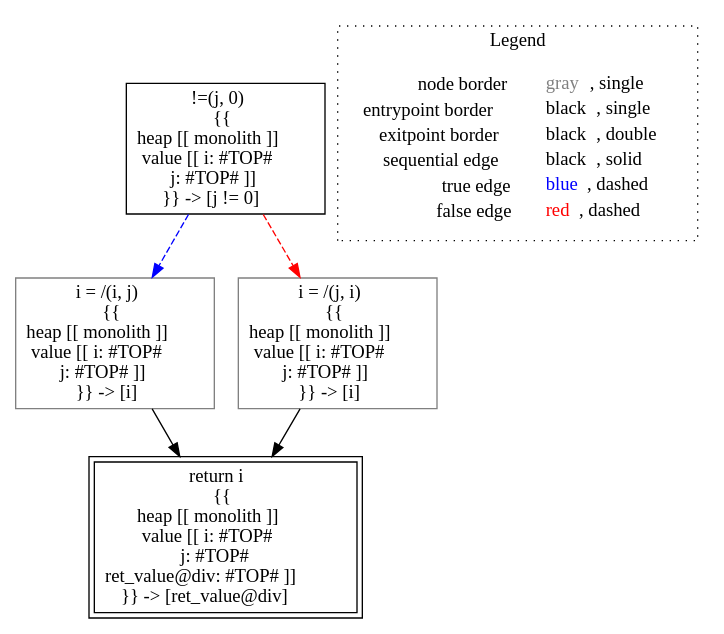
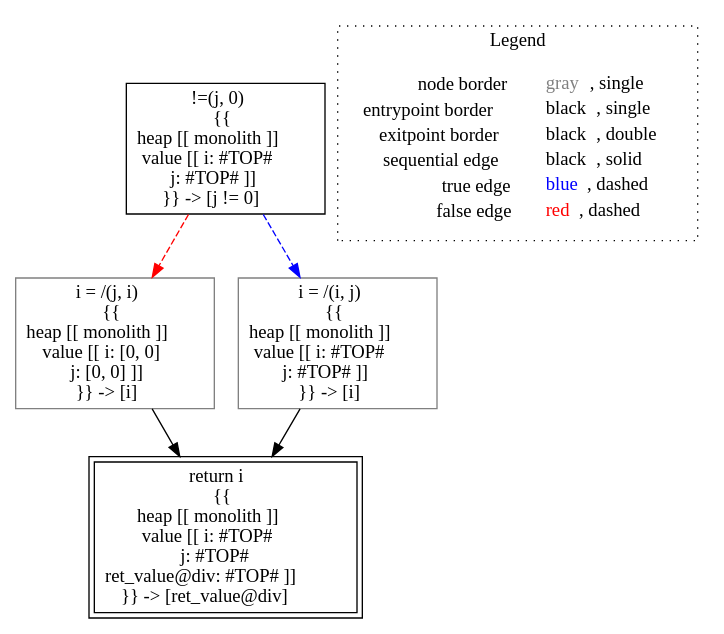
Before and after one commit to lisa-analyzer/lisa: the diagram in lisa/imp-testcases/interval/analysis___untyped_tutorial.div(tutorial_this,_untyped_i,_untyped_j).dot, drawn with Graphviz. The commit also changed 14 other files, not shown here.

```diff
--- a/lisa/imp-testcases/interval/analysis___untyped_tutorial.div(tutorial_this,_untyped_i,_untyped_j).dot
+++ b/lisa/imp-testcases/interval/analysis___untyped_tutorial.div(tutorial_this,_untyped_i,_untyped_j).dot
@@ -1,17 +1,17 @@
 digraph {
 	"node0" [shape="rect",color="black",label=<!=(j, 0)<BR/>{{<BR/>heap [[ monolith ]]<BR/>value [[ i: #TOP#<BR/>j: #TOP# ]]<BR/>}} -&gt; [j != 0]>];
-	"node1" [shape="rect",color="gray",label=<i = /(i, j)<BR/>{{<BR/>heap [[ monolith ]]<BR/>value [[ i: #TOP#<BR/>j: #TOP# ]]<BR/>}} -&gt; [i]>];
+	"node1" [shape="rect",color="gray",label=<i = /(j, i)<BR/>{{<BR/>heap [[ monolith ]]<BR/>value [[ i: [0, 0]<BR/>j: [0, 0] ]]<BR/>}} -&gt; [i]>];
 	"node2" [shape="rect",color="black",peripheries="2",label=<return i<BR/>{{<BR/>heap [[ monolith ]]<BR/>value [[ i: #TOP#<BR/>j: #TOP#<BR/>ret_value@div: #TOP# ]]<BR/>}} -&gt; [ret_value@div]>];
-	"node3" [shape="rect",color="gray",label=<i = /(j, i)<BR/>{{<BR/>heap [[ monolith ]]<BR/>value [[ i: #TOP#<BR/>j: #TOP# ]]<BR/>}} -&gt; [i]>];
+	"node3" [shape="rect",color="gray",label=<i = /(i, j)<BR/>{{<BR/>heap [[ monolith ]]<BR/>value [[ i: #TOP#<BR/>j: #TOP# ]]<BR/>}} -&gt; [i]>];
 	"node1" -> "node2" [color="black"];
-	"node0" -> "node1" [color="blue",style="dashed"];
-	"node0" -> "node3" [color="red",style="dashed"];
+	"node0" -> "node1" [color="red",style="dashed"];
+	"node0" -> "node3" [color="blue",style="dashed"];
 	"node3" -> "node2" [color="black"];
 subgraph cluster_legend {
 	label="Legend";
 	style=dotted;
 	node [shape=plaintext];
 	"legend" [label=<<table border="0" cellpadding="2" cellspacing="0" cellborder="0"><tr><td align="right">node border&nbsp;</td><td align="left"><font color="gray">gray</font>, single</td></tr><tr><td align="right">entrypoint border&nbsp;</td><td align="left"><font color="black">black</font>, single</td></tr><tr><td align="right">exitpoint border&nbsp;</td><td align="left"><font color="black">black</font>, double</td></tr><tr><td align="right">sequential edge&nbsp;</td><td align="left"><font color="black">black</font>, solid</td></tr><tr><td align="right">true edge&nbsp;</td><td align="left"><font color="blue">blue</font>, dashed</td></tr><tr><td align="right">false edge&nbsp;</td><td align="left"><font color="red">red</font>, dashed</td></tr></table>>];
 }
 
 }
```
